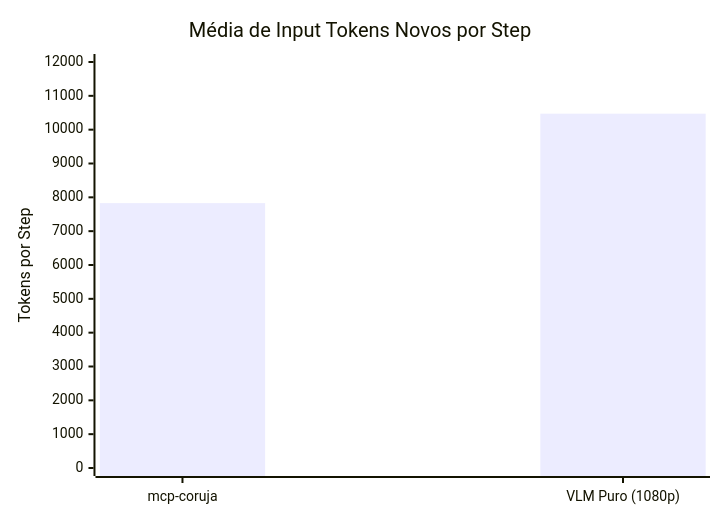
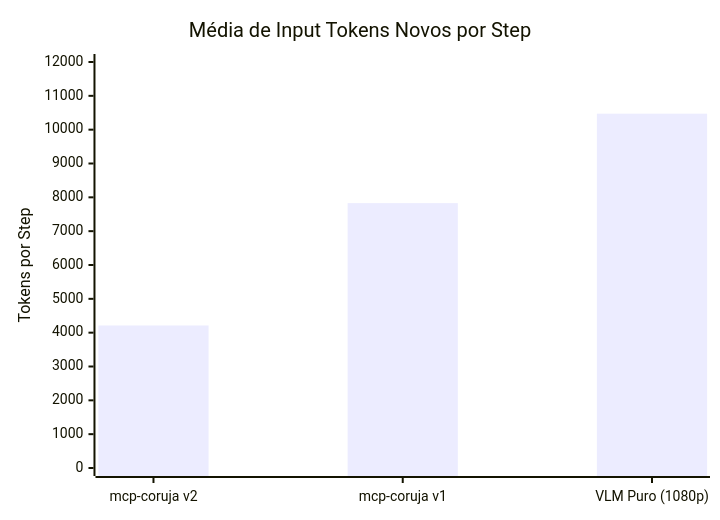
One commit to LucasEBRTIA/mcp-coruja changed the second of 6 diagrams in BENCHMARK.md. Above: the diagram before and after it, drawn with Mermaid. The commit also changed other lines of this file, not shown here.

````diff
--- a/BENCHMARK.md
+++ b/BENCHMARK.md
@@ -99,7 +99,7 @@
 ```mermaid
 xychart-beta
     title "Média de Input Tokens Novos por Step"
-    x-axis ["mcp-coruja", "VLM Puro (1080p)"]
+    x-axis ["mcp-coruja v2", "mcp-coruja v1", "VLM Puro (1080p)"]
     y-axis "Tokens por Step" 0 --> 12000
-    bar [7829, 10473]
+    bar [4213, 7829, 10473]
 ```
````
